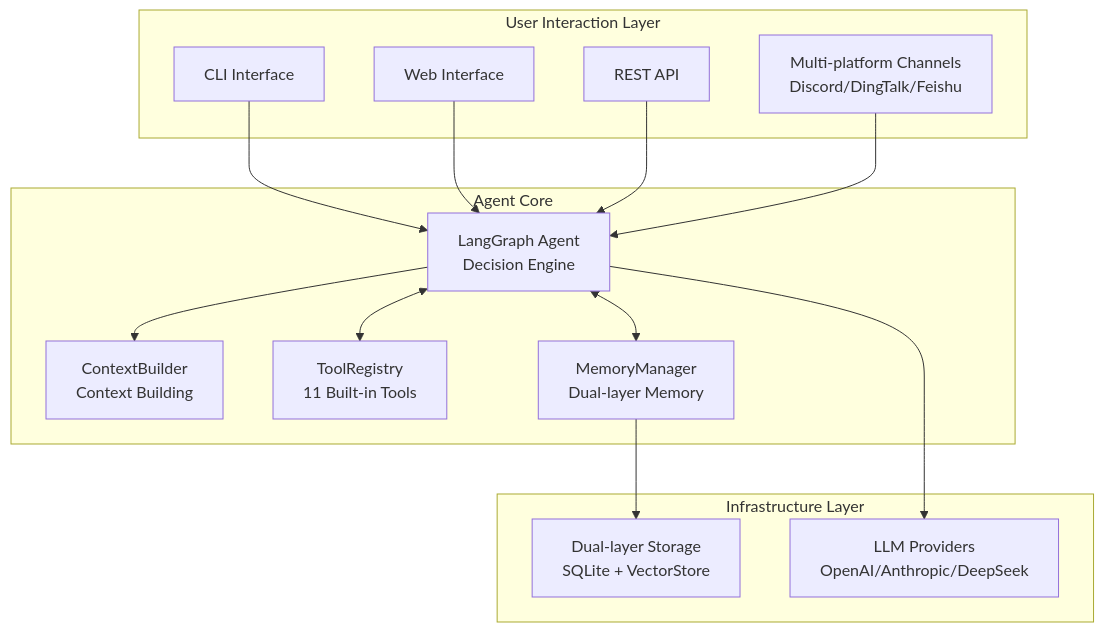
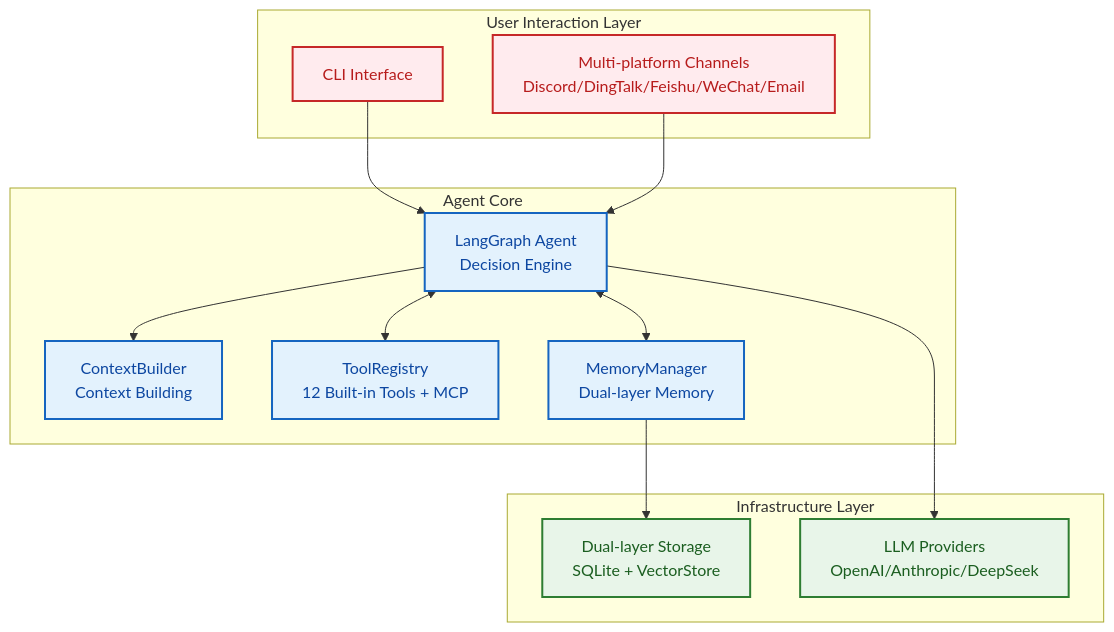
One commit to xt765/FinchBot changed the second of 8 diagrams in README.md. Above: the diagram before and after it, drawn with Mermaid. The commit also changed other lines of this file and 63 other files, not shown here.

````diff
--- a/README.md
+++ b/README.md
@@ -144,33 +140,33 @@
 ```mermaid
 graph TB
+    classDef uiLayer fill:#ffebee,stroke:#c62828,stroke-width:2px,color:#b71c1c;
+    classDef coreLayer fill:#e3f2fd,stroke:#1565c0,stroke-width:2px,color:#0d47a1;
+    classDef infraLayer fill:#e8f5e9,stroke:#2e7d32,stroke-width:2px,color:#1b5e20;
+
     subgraph UI [User Interaction Layer]
-        CLI[CLI Interface]
-        Web[Web Interface]
-        API[REST API]
-        Channels[Multi-platform Channels<br/>Discord/DingTalk/Feishu]
+        CLI[CLI Interface]:::uiLayer
+        Channels[Multi-platform Channels<br/>Discord/DingTalk/Feishu/WeChat/Email]:::uiLayer
     end
 
     subgraph Core [Agent Core]
-        Agent[LangGraph Agent<br/>Decision Engine]
-        Context[ContextBuilder<br/>Context Building]
-        Tools[ToolRegistry<br/>11 Built-in Tools]
-        Memory[MemoryManager<br/>Dual-layer Memory]
+        Agent[LangGraph Agent<br/>Decision Engine]:::coreLayer
+        Context[ContextBuilder<br/>Context Building]:::coreLayer
+        Tools[ToolRegistry<br/>12 Built-in Tools + MCP]:::coreLayer
+        Memory[MemoryManager<br/>Dual-layer Memory]:::coreLayer
     end
 
     subgraph Infra [Infrastructure Layer]
-        Storage[Dual-layer Storage<br/>SQLite + VectorStore]
-        LLM[LLM Providers<br/>OpenAI/Anthropic/DeepSeek]
+        Storage[Dual-layer Storage<br/>SQLite + VectorStore]:::infraLayer
+        LLM[LLM Providers<br/>OpenAI/Anthropic/DeepSeek]:::infraLayer
     end
 
     CLI --> Agent
-    Web --> Agent
-    API --> Agent
     Channels --> Agent
 
     Agent --> Context
     Agent <--> Tools
     Agent <--> Memory
 
     Memory --> Storage
     Agent --> LLM
 ```
````
